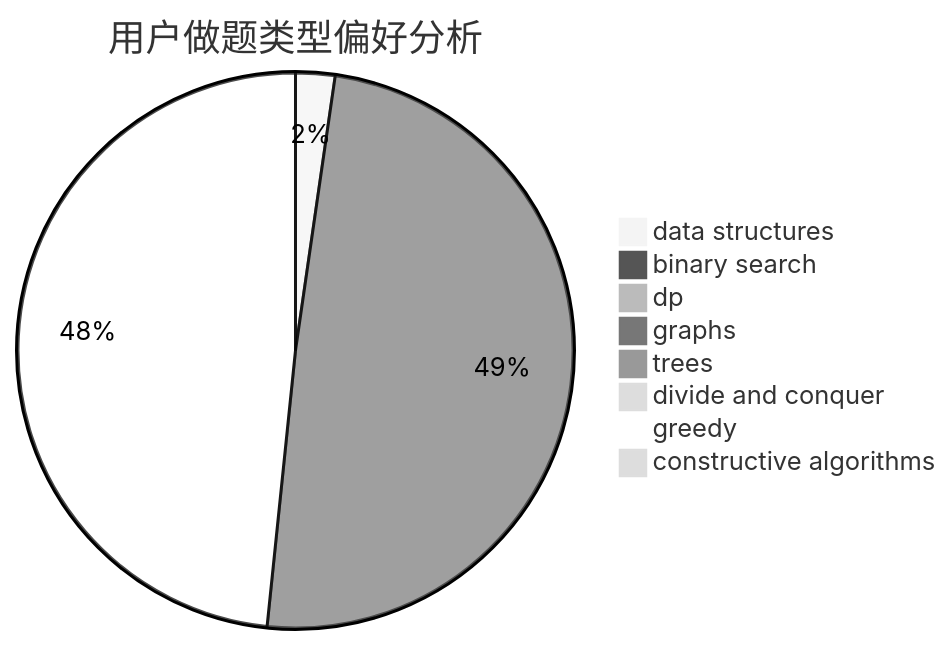
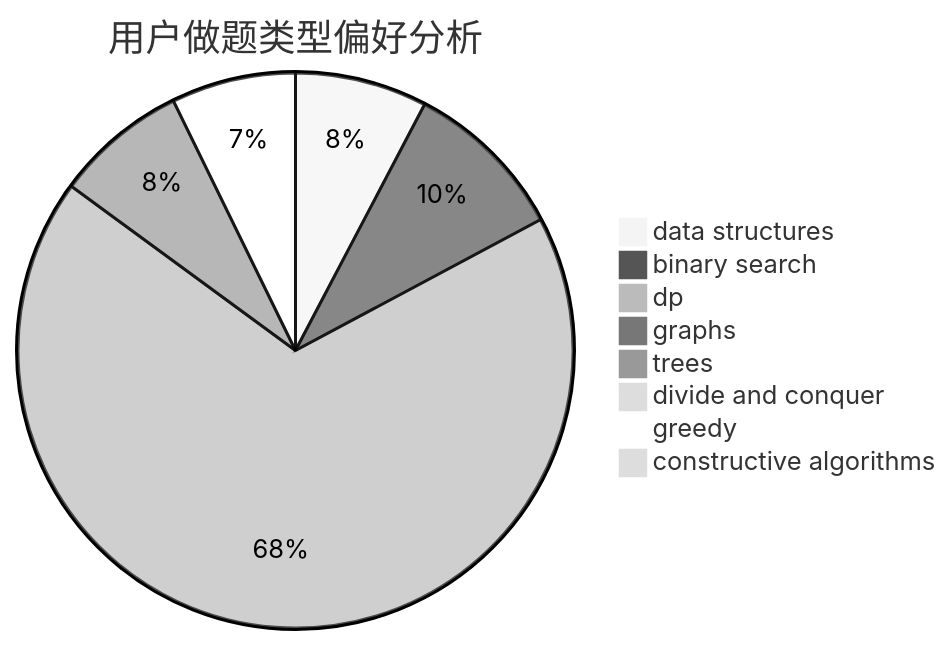
The second of 3 diagrams in docs/user/u1027.md (sherpahu/cfrs.github.io), drawn with Mermaid (neutral theme) before and after one commit. The commit also changed other lines of this file and 2770 other files, not shown here.

````diff
--- a/docs/user/u1027.md
+++ b/docs/user/u1027.md
@@ -23,11 +23,11 @@
 ```mermaid
 pie title 用户做题类型偏好分析
-    "data structures" :  7
-    "binary search" :  0
-    "dp" :  0
-    "graphs" :  151
-    "trees" :  0
+    "data structures" :  17
+    "binary search" :  21
+    "dp" :  150
+    "graphs" :  0
+    "trees" :  17
     "divide and conquer" :  0
-    "greedy" :  148
+    "greedy" :  16
     "constructive algorithms" :  0
 ```
````
